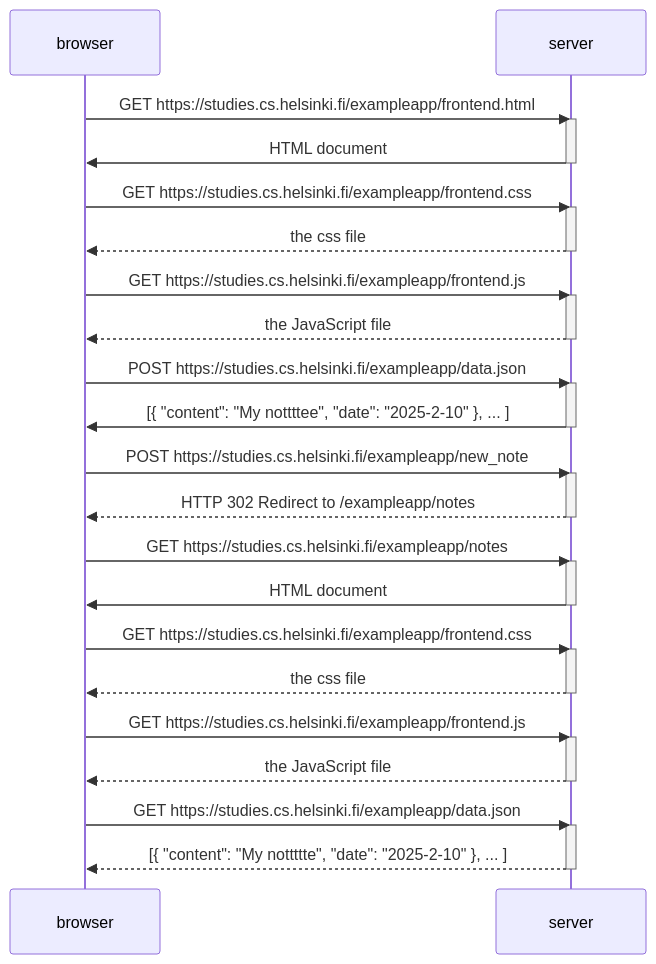
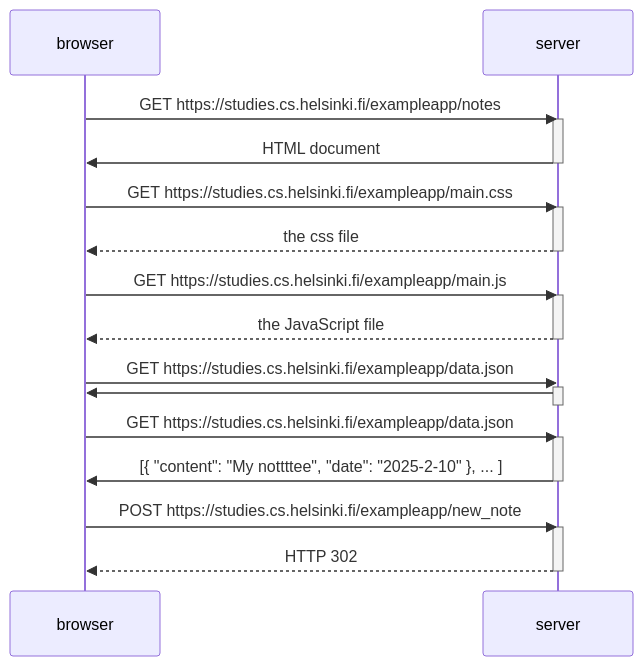
Before and after one commit to dPenedo/fullStackOpen: the diagram in part0/4-new-note-diagram.md, drawn with Mermaid.

````diff
--- a/part0/4-new-note-diagram.md
+++ b/part0/4-new-note-diagram.md
@@ -1,52 +1,38 @@
 ```mermaid
 sequenceDiagram
 participant browser
 participant server
 
-browser->>server: GET https://studies.cs.helsinki.fi/exampleapp/frontend.html
+browser->>server: GET https://studies.cs.helsinki.fi/exampleapp/notes
 activate server
 server->>browser:HTML document
 deactivate server
 
-browser->>server: GET https://studies.cs.helsinki.fi/exampleapp/frontend.css
+browser->>server: GET https://studies.cs.helsinki.fi/exampleapp/main.css
 activate server
 server-->>browser: the css file
 deactivate server
 
-browser->>server: GET https://studies.cs.helsinki.fi/exampleapp/frontend.js
+browser->>server: GET https://studies.cs.helsinki.fi/exampleapp/main.js
 activate server
 server-->>browser: the JavaScript file
 deactivate server
 
-browser->>server: POST https://studies.cs.helsinki.fi/exampleapp/data.json
+browser->>server: GET https://studies.cs.helsinki.fi/exampleapp/data.json
+activate server
+server->>browser: 
+deactivate server
+
+browser->>server: GET https://studies.cs.helsinki.fi/exampleapp/data.json
 activate server
 server->>browser: [{ "content": "My nottttee", "date": "2025-2-10" }, ... ]
 deactivate server
 
 browser->>server: POST https://studies.cs.helsinki.fi/exampleapp/new_note
 activate server
-server-->>browser: HTTP 302 Redirect to /exampleapp/notes
-deactivate server
-
-browser->>server: GET https://studies.cs.helsinki.fi/exampleapp/notes
-activate server
-server->>browser:HTML document
-deactivate server
-
-browser->>server: GET https://studies.cs.helsinki.fi/exampleapp/frontend.css
-activate server
-server-->>browser: the css file
-deactivate server
-
-browser->>server: GET https://studies.cs.helsinki.fi/exampleapp/frontend.js
-activate server
-server-->>browser: the JavaScript file
-deactivate server
-
-browser->>server: GET https://studies.cs.helsinki.fi/exampleapp/data.json
-activate server
-server-->>browser: [{ "content": "My nottttte", "date": "2025-2-10" }, ... ]
+server-->>browser: HTTP 302
 deactivate server
 
 
+
 ```
````
